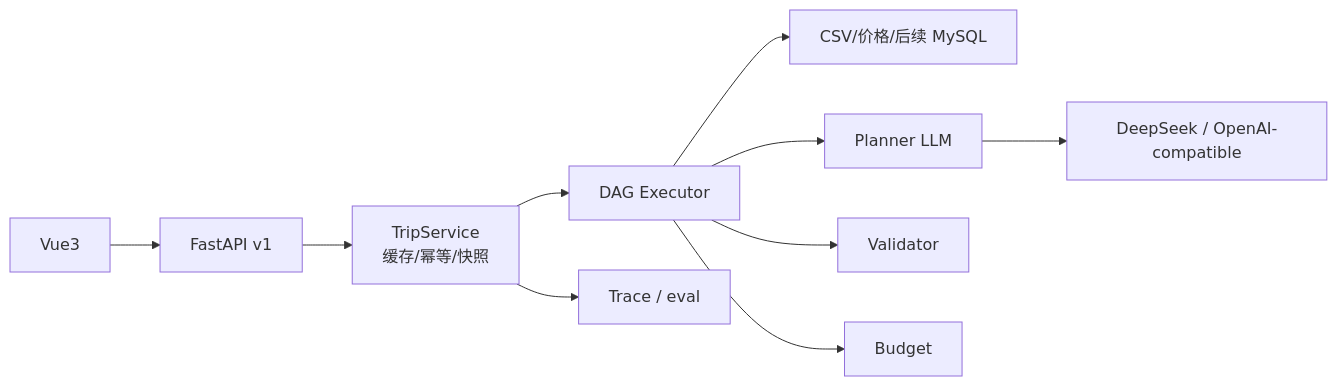
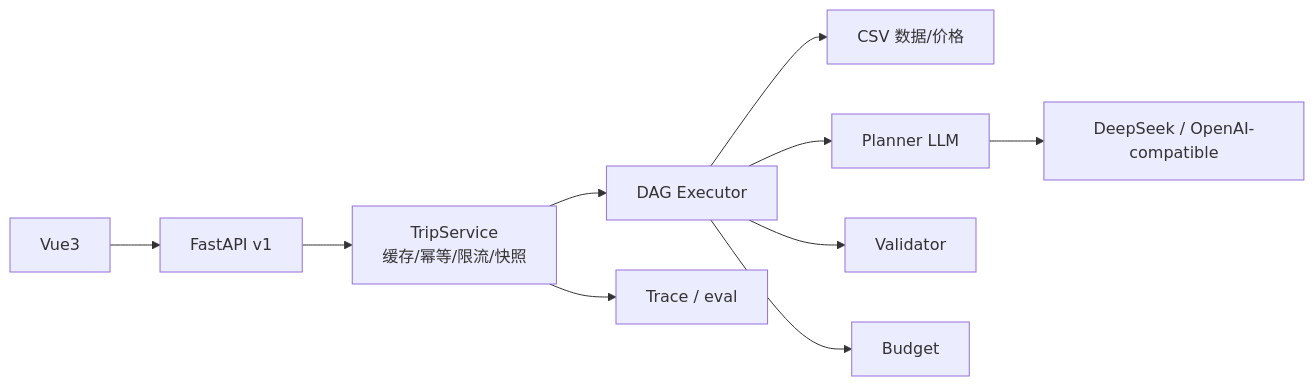
Before and after one commit to abab486/helloagents-trip-planner: the diagram in README.md, drawn with Mermaid. The commit also changed other lines of this file, not shown here.

````diff
--- a/README.md
+++ b/README.md
@@ -70,12 +89,12 @@
 ```mermaid
 flowchart LR
   UI[Vue3] --> API[FastAPI v1]
-  API --> SVC[TripService<br/>缓存/幂等/快照]
+  API --> SVC[TripService<br/>缓存/幂等/限流/快照]
   SVC --> DAG[DAG Executor]
-  DAG --> DATA[CSV/价格/后续 MySQL]
+  DAG --> DATA[CSV 数据/价格]
   DAG --> LLM[Planner LLM]
   DAG --> VAL[Validator]
   DAG --> BUD[Budget]
   LLM --> P[DeepSeek / OpenAI-compatible]
   SVC --> TRACE[Trace / eval]
 ```
````
